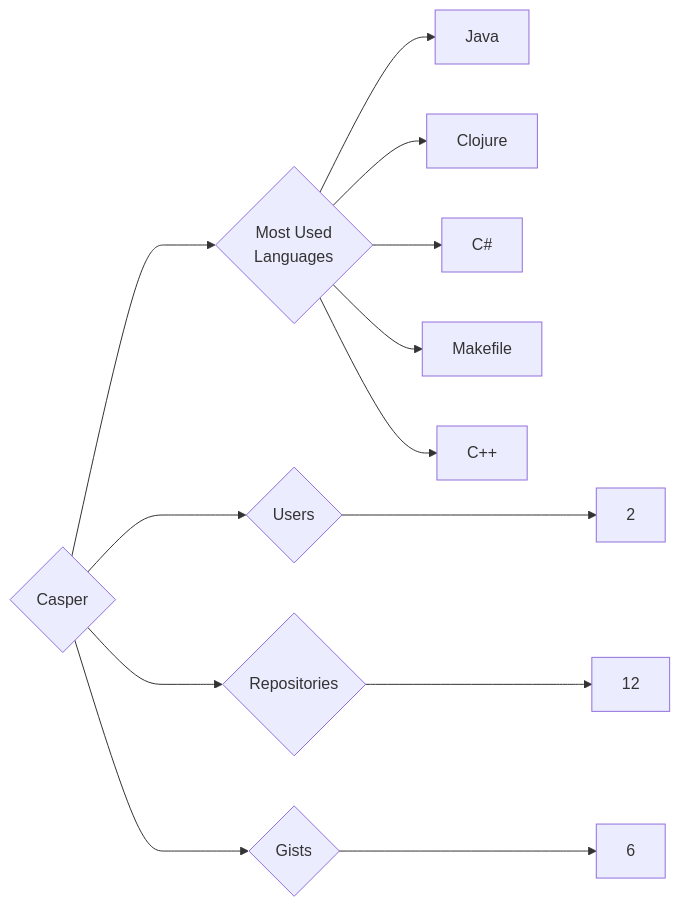
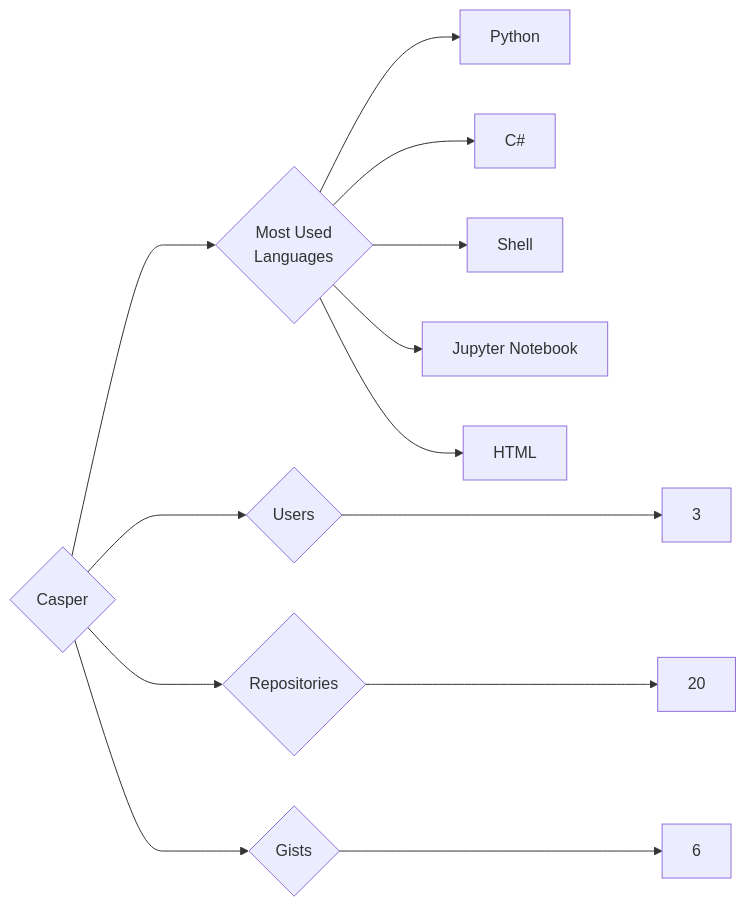
The diagram in targets/Casper/README.md (trickest/insiders), drawn with Mermaid before and after one commit. The commit also changed 611 other files, not shown here.

````diff
--- a/targets/Casper/README.md
+++ b/targets/Casper/README.md
@@ -3,13 +3,13 @@
 ```mermaid
 graph LR
 COMPANY_NAME{Casper}
-COMPANY_NAME ---> U{Users} ---> UN[2]
-COMPANY_NAME ---> R{Repositories} ---> RN[12]
+COMPANY_NAME ---> U{Users} ---> UN[3]
+COMPANY_NAME ---> R{Repositories} ---> RN[20]
 COMPANY_NAME ---> G{Gists} ---> GN[6]
 COMPANY_NAME ---> ML{Most Used<br>Languages}
-ML --> Java[Java]
-ML --> Clojure[Clojure]
+ML --> Python[Python]
 ML --> C#[C#]
-ML --> Makefile[Makefile]
-ML --> C++[C++]
+ML --> Shell[Shell]
+ML --> Jupyter_Notebook[Jupyter Notebook]
+ML --> HTML[HTML]
 ```
````
